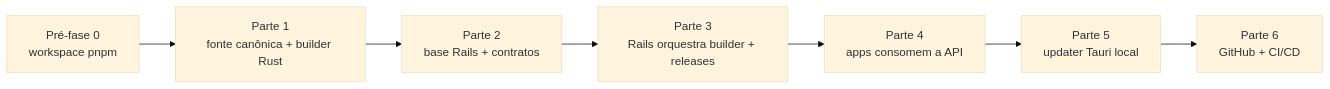
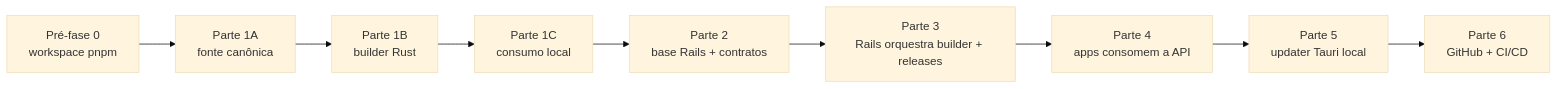
The first of 3 diagrams in docs/plans/hub-server/README.md (migmoroni/veterinary-clinic), drawn with Mermaid (base theme) before and after one commit. The commit also changed other lines of this file and 9 other files, not shown here.

````diff
--- a/docs/plans/hub-server/README.md
+++ b/docs/plans/hub-server/README.md
@@ -28,12 +30,14 @@
 ```mermaid
 flowchart LR
     P0["Pré-fase 0<br/>workspace pnpm"]
-    P1["Parte 1<br/>fonte canônica + builder Rust"]
+    P1A["Parte 1A<br/>fonte canônica"]
+    P1B["Parte 1B<br/>builder Rust"]
+    P1C["Parte 1C<br/>consumo local"]
     P2["Parte 2<br/>base Rails + contratos"]
     P3["Parte 3<br/>Rails orquestra builder + releases"]
     P4["Parte 4<br/>apps consomem a API"]
     P5["Parte 5<br/>updater Tauri local"]
     P6["Parte 6<br/>GitHub + CI/CD"]
 
-    P0 --> P1 --> P2 --> P3 --> P4 --> P5 --> P6
+    P0 --> P1A --> P1B --> P1C --> P2 --> P3 --> P4 --> P5 --> P6
 ```
````
